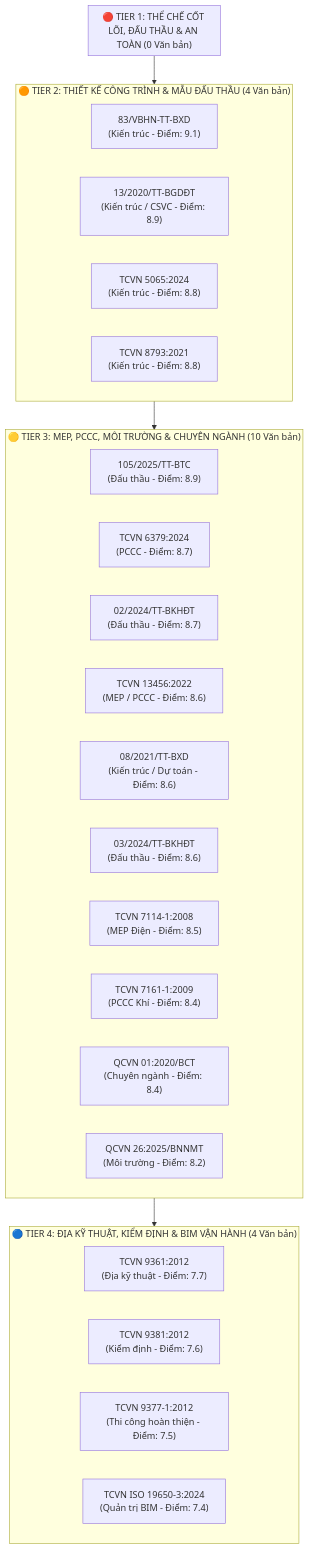
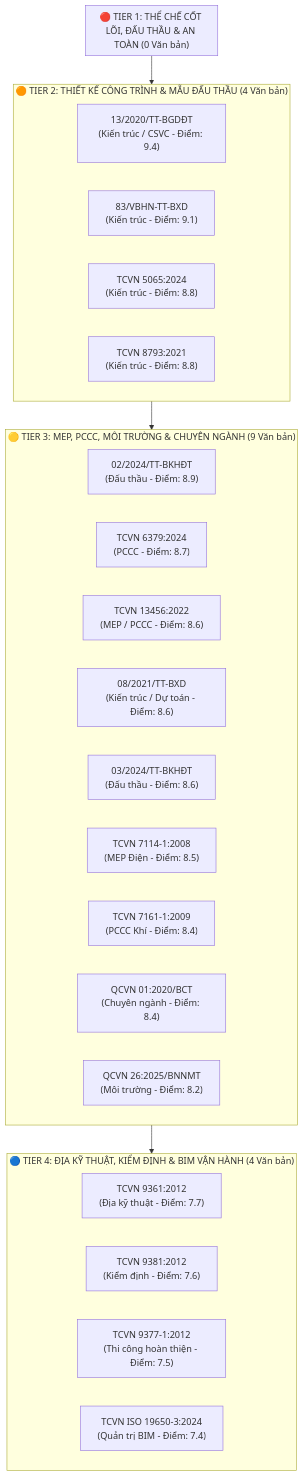
One commit to vvChu/ccba-legal-knowledge changed the diagram in .md/knowledge/expansion_roadmap.md. Above: the diagram before and after it, drawn with Mermaid. The commit also changed other lines of this file and 49 other files, not shown here.

Commit message:
feat(legal): ingest Tier 2 bundles (14/VBHN-BGDDT, TT 105/2025/TT-BTC, TCVN 5065:1990, TCVN 8793:2011) (#26)

````diff
--- a/.md/knowledge/expansion_roadmap.md
+++ b/.md/knowledge/expansion_roadmap.md
@@ -23,36 +23,35 @@
 ```mermaid
 graph TD
     subgraph T1["🔴 TIER 1: THỂ CHẾ CỐT LÕI, ĐẤU THẦU & AN TOÀN (0 Văn bản)"]
     end
 
     subgraph T2["🟠 TIER 2: THIẾT KẾ CÔNG TRÌNH & MẪU ĐẤU THẦU (4 Văn bản)"]
-        T2_1["83/VBHN-TT-BXD<br/>(Kiến trúc - Điểm: 9.1)"]
-        T2_2["13/2020/TT-BGDĐT<br/>(Kiến trúc / CSVC - Điểm: 8.9)"]
+        T2_1["13/2020/TT-BGDĐT<br/>(Kiến trúc / CSVC - Điểm: 9.4)"]
+        T2_2["83/VBHN-TT-BXD<br/>(Kiến trúc - Điểm: 9.1)"]
         T2_3["TCVN 5065:2024<br/>(Kiến trúc - Điểm: 8.8)"]
         T2_4["TCVN 8793:2021<br/>(Kiến trúc - Điểm: 8.8)"]
     end
 
-    subgraph T3["🟡 TIER 3: MEP, PCCC, MÔI TRƯỜNG & CHUYÊN NGÀNH (10 Văn bản)"]
-        T3_1["105/2025/TT-BTC<br/>(Đấu thầu - Điểm: 8.9)"]
+    subgraph T3["🟡 TIER 3: MEP, PCCC, MÔI TRƯỜNG & CHUYÊN NGÀNH (9 Văn bản)"]
+        T3_1["02/2024/TT-BKHĐT<br/>(Đấu thầu - Điểm: 8.9)"]
         T3_2["TCVN 6379:2024<br/>(PCCC - Điểm: 8.7)"]
-        T3_3["02/2024/TT-BKHĐT<br/>(Đấu thầu - Điểm: 8.7)"]
-        T3_4["TCVN 13456:2022<br/>(MEP / PCCC - Điểm: 8.6)"]
-        T3_5["08/2021/TT-BXD<br/>(Kiến trúc / Dự toán - Điểm: 8.6)"]
-        T3_6["03/2024/TT-BKHĐT<br/>(Đấu thầu - Điểm: 8.6)"]
-        T3_7["TCVN 7114-1:2008<br/>(MEP Điện - Điểm: 8.5)"]
-        T3_8["TCVN 7161-1:2009<br/>(PCCC Khí - Điểm: 8.4)"]
-        T3_9["QCVN 01:2020/BCT<br/>(Chuyên ngành - Điểm: 8.4)"]
-        T3_10["QCVN 26:2025/BNNMT<br/>(Môi trường - Điểm: 8.2)"]
+        T3_3["TCVN 13456:2022<br/>(MEP / PCCC - Điểm: 8.6)"]
+        T3_4["08/2021/TT-BXD<br/>(Kiến trúc / Dự toán - Điểm: 8.6)"]
+        T3_5["03/2024/TT-BKHĐT<br/>(Đấu thầu - Điểm: 8.6)"]
+        T3_6["TCVN 7114-1:2008<br/>(MEP Điện - Điểm: 8.5)"]
+        T3_7["TCVN 7161-1:2009<br/>(PCCC Khí - Điểm: 8.4)"]
+        T3_8["QCVN 01:2020/BCT<br/>(Chuyên ngành - Điểm: 8.4)"]
+        T3_9["QCVN 26:2025/BNNMT<br/>(Môi trường - Điểm: 8.2)"]
     end
 
     subgraph T4["🔵 TIER 4: ĐỊA KỸ THUẬT, KIỂM ĐỊNH & BIM VẬN HÀNH (4 Văn bản)"]
         T4_1["TCVN 9361:2012<br/>(Địa kỹ thuật - Điểm: 7.7)"]
         T4_2["TCVN 9381:2012<br/>(Kiểm định - Điểm: 7.6)"]
         T4_3["TCVN 9377-1:2012<br/>(Thi công hoàn thiện - Điểm: 7.5)"]
         T4_4["TCVN ISO 19650-3:2024<br/>(Quản trị BIM - Điểm: 7.4)"]
     end
 
     T1 --> T2
     T2 --> T3
     T3 --> T4
 ```
````
